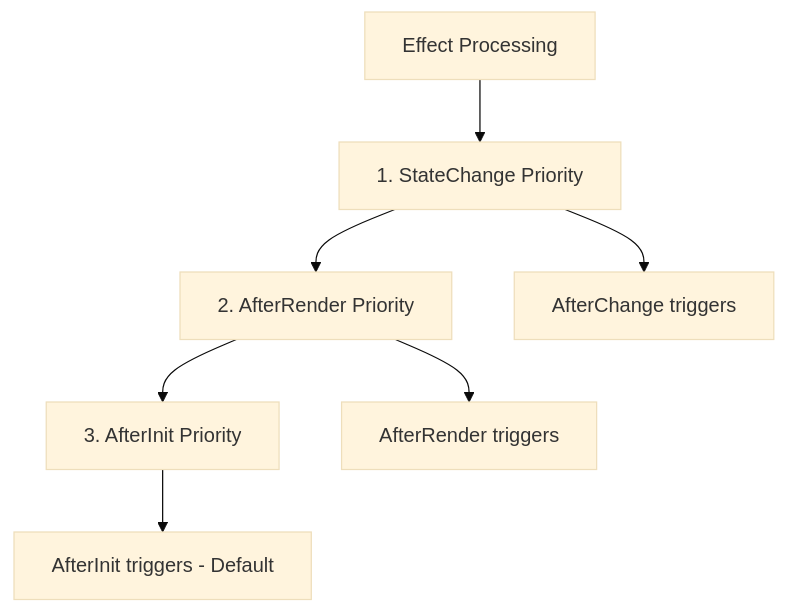
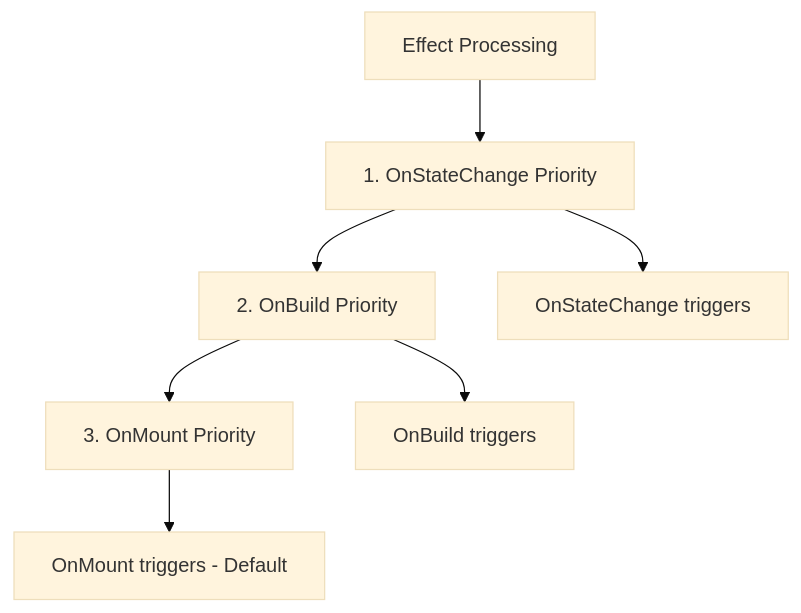
The third of 3 diagrams in Ivy.Docs.Shared/Docs/01_Onboarding/02_Concepts/09_Effects.md (Ivy-Interactive/Ivy-Framework), drawn with Mermaid (base theme) before and after one commit. The commit also changed other lines of this file and 25 other files, not shown here.

First line of the commit message:
refactor(effects): rename AfterInit to OnMount throughout codebase

````diff
--- a/Ivy.Docs.Shared/Docs/01_Onboarding/02_Concepts/09_Effects.md
+++ b/Ivy.Docs.Shared/Docs/01_Onboarding/02_Concepts/09_Effects.md
@@ -177,10 +177,10 @@
 ```mermaid
 graph TD
-    A[Effect Processing] --> B["1. StateChange Priority"]
-    B --> C["2. AfterRender Priority"]
-    C --> D["3. AfterInit Priority"]
-    
-    B --> B1[AfterChange triggers]
-    C --> C1[AfterRender triggers]
-    D --> D1[AfterInit triggers - Default]
+    A[Effect Processing] --> B["1. OnStateChange Priority"]
+    B --> C["2. OnBuild Priority"]
+    C --> D["3. OnMount Priority"]
+
+    B --> B1[OnStateChange triggers]
+    C --> C1[OnBuild triggers]
+    D --> D1[OnMount triggers - Default]
 ```
````
